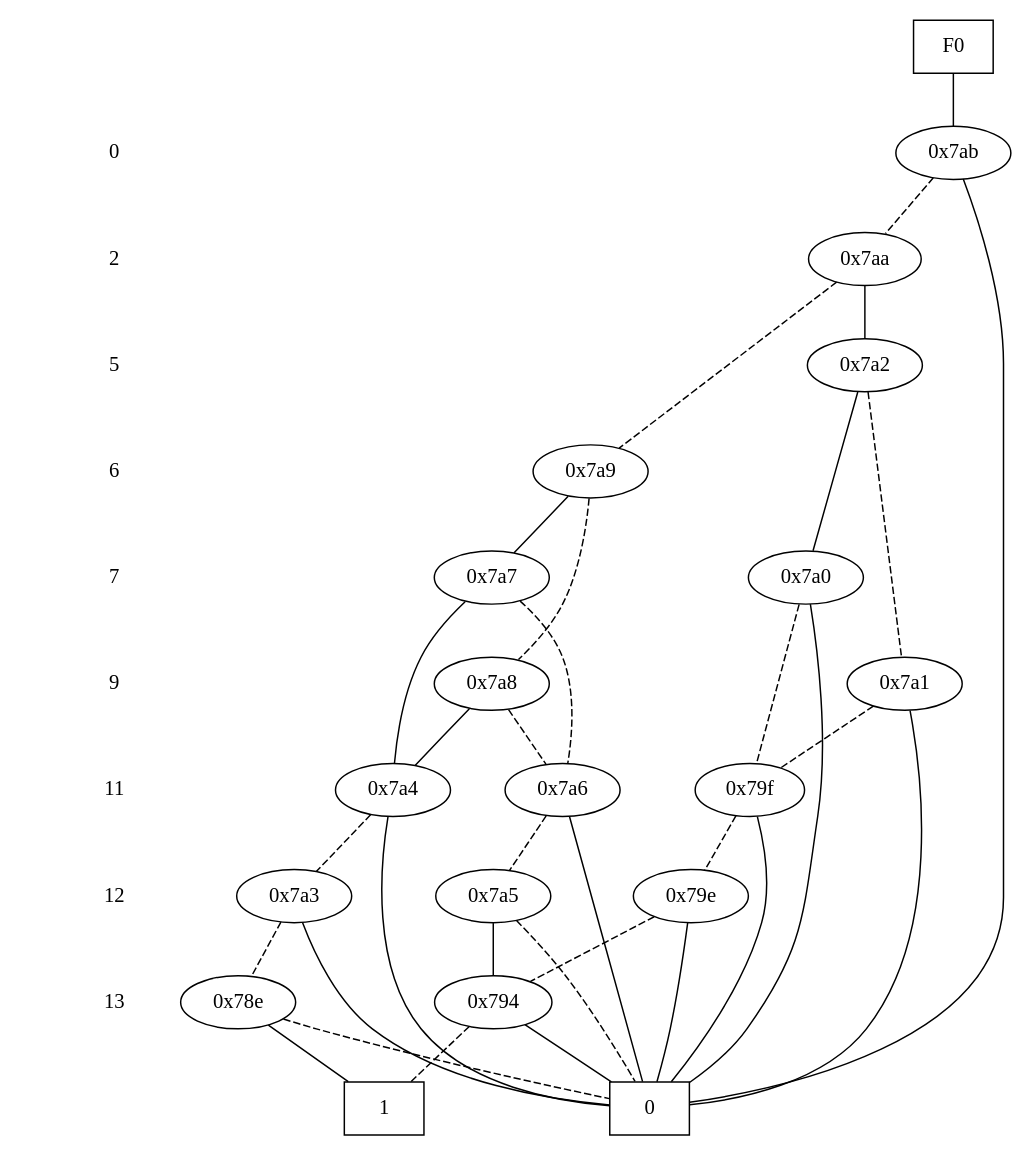
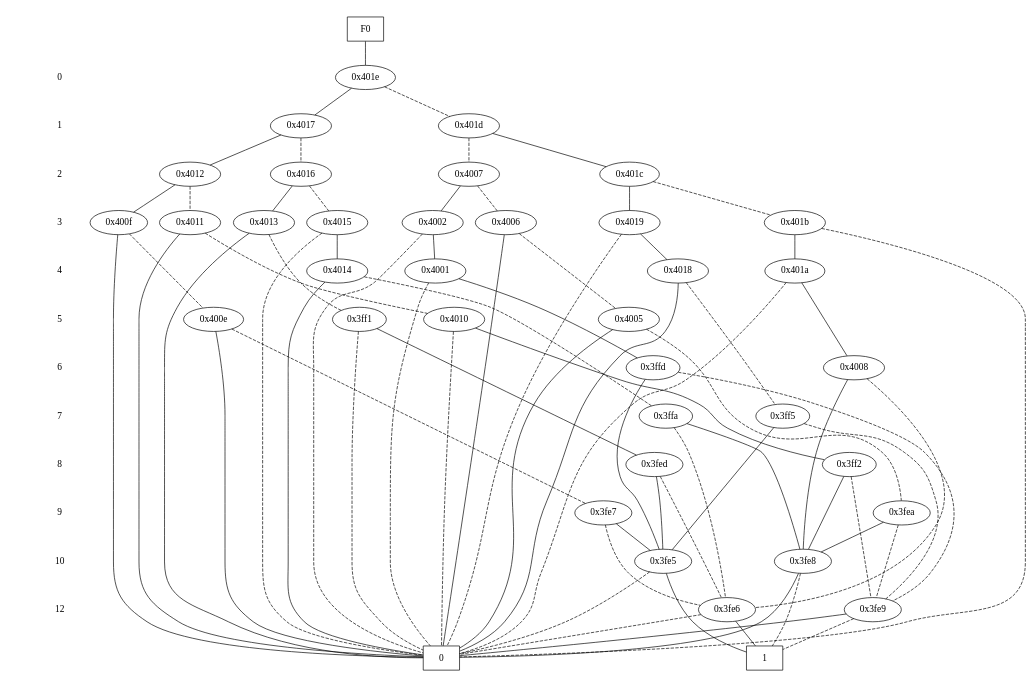
One commit to Tractables/Dice.jl changed the diagram in rough3.dot. Above: the diagram before and after it, drawn with Graphviz. The commit also changed 118 other files, not shown here.

```diff
--- a/rough3.dot
+++ b/rough3.dot
@@ -1,86 +1,149 @@
 digraph "DD" {
 size = "7.5,10"
 center = true;
 edge [dir = none];
 { node [shape = plaintext];
   edge [style = invis];
   "CONST NODES" [style = invis];
-" 0 " -> " 2 " -> " 5 " -> " 6 " -> " 7 " -> " 9 " -> " 11 " -> " 12 " -> " 13 " -> "CONST NODES"; 
+" 0 " -> " 1 " -> " 2 " -> " 3 " -> " 4 " -> " 5 " -> " 6 " -> " 7 " -> " 8 " -> " 9 " -> " 10 " -> " 12 " -> "CONST NODES"; 
 }
 { rank = same; node [shape = box]; edge [style = invis];
 "F0"; }
 { rank = same; " 0 ";
-"0x7ab";
+"0x401e";
+}
+{ rank = same; " 1 ";
+"0x4017";
+"0x401d";
 }
 { rank = same; " 2 ";
-"0x7aa";
+"0x4012";
+"0x4007";
+"0x4016";
+"0x401c";
+}
+{ rank = same; " 3 ";
+"0x4002";
+"0x4006";
+"0x400f";
+"0x4011";
+"0x4013";
+"0x4015";
+"0x4019";
+"0x401b";
+}
+{ rank = same; " 4 ";
+"0x4001";
+"0x401a";
+"0x4018";
+"0x4014";
 }
 { rank = same; " 5 ";
-"0x7a2";
+"0x3ff1";
+"0x400e";
+"0x4005";
+"0x4010";
 }
 { rank = same; " 6 ";
-"0x7a9";
+"0x3ffd";
+"0x4008";
 }
 { rank = same; " 7 ";
-"0x7a7";
-"0x7a0";
+"0x3ff5";
+"0x3ffa";
+}
+{ rank = same; " 8 ";
+"0x3fed";
+"0x3ff2";
 }
 { rank = same; " 9 ";
-"0x7a8";
-"0x7a1";
+"0x3fe7";
+"0x3fea";
 }
-{ rank = same; " 11 ";
-"0x7a4";
-"0x7a6";
-"0x79f";
+{ rank = same; " 10 ";
+"0x3fe8";
+"0x3fe5";
 }
 { rank = same; " 12 ";
-"0x7a3";
-"0x7a5";
-"0x79e";
-}
-{ rank = same; " 13 ";
-"0x78e";
-"0x794";
+"0x3fe9";
+"0x3fe6";
 }
 { rank = same; "CONST NODES";
-{ node [shape = box]; "0x6a2";
-"0x6a1";
+{ node [shape = box]; "0x3f68";
+"0x3f67";
 }
 }
-"F0" -> "0x7ab" [style = solid];
-"0x7ab" -> "0x6a2";
-"0x7ab" -> "0x7aa" [style = dashed];
-"0x7aa" -> "0x7a2";
-"0x7aa" -> "0x7a9" [style = dashed];
-"0x7a2" -> "0x7a0";
-"0x7a2" -> "0x7a1" [style = dashed];
-"0x7a9" -> "0x7a7";
-"0x7a9" -> "0x7a8" [style = dashed];
-"0x7a7" -> "0x7a4";
-"0x7a7" -> "0x7a6" [style = dashed];
-"0x7a0" -> "0x6a2";
-"0x7a0" -> "0x79f" [style = dashed];
-"0x7a8" -> "0x7a4";
-"0x7a8" -> "0x7a6" [style = dashed];
-"0x7a1" -> "0x6a2";
-"0x7a1" -> "0x79f" [style = dashed];
-"0x7a4" -> "0x6a2";
-"0x7a4" -> "0x7a3" [style = dashed];
-"0x7a6" -> "0x6a2";
-"0x7a6" -> "0x7a5" [style = dashed];
-"0x79f" -> "0x6a2";
-"0x79f" -> "0x79e" [style = dashed];
-"0x7a3" -> "0x6a2";
-"0x7a3" -> "0x78e" [style = dashed];
-"0x7a5" -> "0x794";
-"0x7a5" -> "0x6a2" [style = dashed];
-"0x79e" -> "0x6a2";
-"0x79e" -> "0x794" [style = dashed];
-"0x78e" -> "0x6a1";
-"0x78e" -> "0x6a2" [style = dashed];
-"0x794" -> "0x6a2";
-"0x794" -> "0x6a1" [style = dashed];
-"0x6a2" [label = "0"];
-"0x6a1" [label = "1"];
+"F0" -> "0x401e" [style = solid];
+"0x401e" -> "0x4017";
+"0x401e" -> "0x401d" [style = dashed];
+"0x4017" -> "0x4012";
+"0x4017" -> "0x4016" [style = dashed];
+"0x401d" -> "0x401c";
+"0x401d" -> "0x4007" [style = dashed];
+"0x4012" -> "0x400f";
+"0x4012" -> "0x4011" [style = dashed];
+"0x4007" -> "0x4002";
+"0x4007" -> "0x4006" [style = dashed];
+"0x4016" -> "0x4013";
+"0x4016" -> "0x4015" [style = dashed];
+"0x401c" -> "0x4019";
+"0x401c" -> "0x401b" [style = dashed];
+"0x4002" -> "0x4001";
+"0x4002" -> "0x3f68" [style = dashed];
+"0x4006" -> "0x3f68";
+"0x4006" -> "0x4005" [style = dashed];
+"0x400f" -> "0x3f68";
+"0x400f" -> "0x400e" [style = dashed];
+"0x4011" -> "0x3f68";
+"0x4011" -> "0x4010" [style = dashed];
+"0x4013" -> "0x3f68";
+"0x4013" -> "0x3ff1" [style = dashed];
+"0x4015" -> "0x4014";
+"0x4015" -> "0x3f68" [style = dashed];
+"0x4019" -> "0x4018";
+"0x4019" -> "0x3f68" [style = dashed];
+"0x401b" -> "0x401a";
+"0x401b" -> "0x3f68" [style = dashed];
+"0x4001" -> "0x3ffd";
+"0x4001" -> "0x3f68" [style = dashed];
+"0x401a" -> "0x4008";
+"0x401a" -> "0x3f68" [style = dashed];
+"0x4018" -> "0x3f68";
+"0x4018" -> "0x3ff5" [style = dashed];
+"0x4014" -> "0x3f68";
+"0x4014" -> "0x3ffa" [style = dashed];
+"0x3ff1" -> "0x3fed";
+"0x3ff1" -> "0x3f68" [style = dashed];
+"0x400e" -> "0x3f68";
+"0x400e" -> "0x3fe7" [style = dashed];
+"0x4005" -> "0x3f68";
+"0x4005" -> "0x3fea" [style = dashed];
+"0x4010" -> "0x3ff2";
+"0x4010" -> "0x3f68" [style = dashed];
+"0x3ffd" -> "0x3fe5";
+"0x3ffd" -> "0x3fe9" [style = dashed];
+"0x4008" -> "0x3fe8";
+"0x4008" -> "0x3fe6" [style = dashed];
+"0x3ff5" -> "0x3fe5";
+"0x3ff5" -> "0x3fe9" [style = dashed];
+"0x3ffa" -> "0x3fe8";
+"0x3ffa" -> "0x3fe6" [style = dashed];
+"0x3fed" -> "0x3fe5";
+"0x3fed" -> "0x3fe6" [style = dashed];
+"0x3ff2" -> "0x3fe8";
+"0x3ff2" -> "0x3fe9" [style = dashed];
+"0x3fe7" -> "0x3fe5";
+"0x3fe7" -> "0x3fe6" [style = dashed];
+"0x3fea" -> "0x3fe8";
+"0x3fea" -> "0x3fe9" [style = dashed];
+"0x3fe8" -> "0x3f68";
+"0x3fe8" -> "0x3f67" [style = dashed];
+"0x3fe5" -> "0x3f67";
+"0x3fe5" -> "0x3f68" [style = dashed];
+"0x3fe9" -> "0x3f68";
+"0x3fe9" -> "0x3f67" [style = dashed];
+"0x3fe6" -> "0x3f67";
+"0x3fe6" -> "0x3f68" [style = dashed];
+"0x3f68" [label = "0"];
+"0x3f67" [label = "1"];
 }
```
